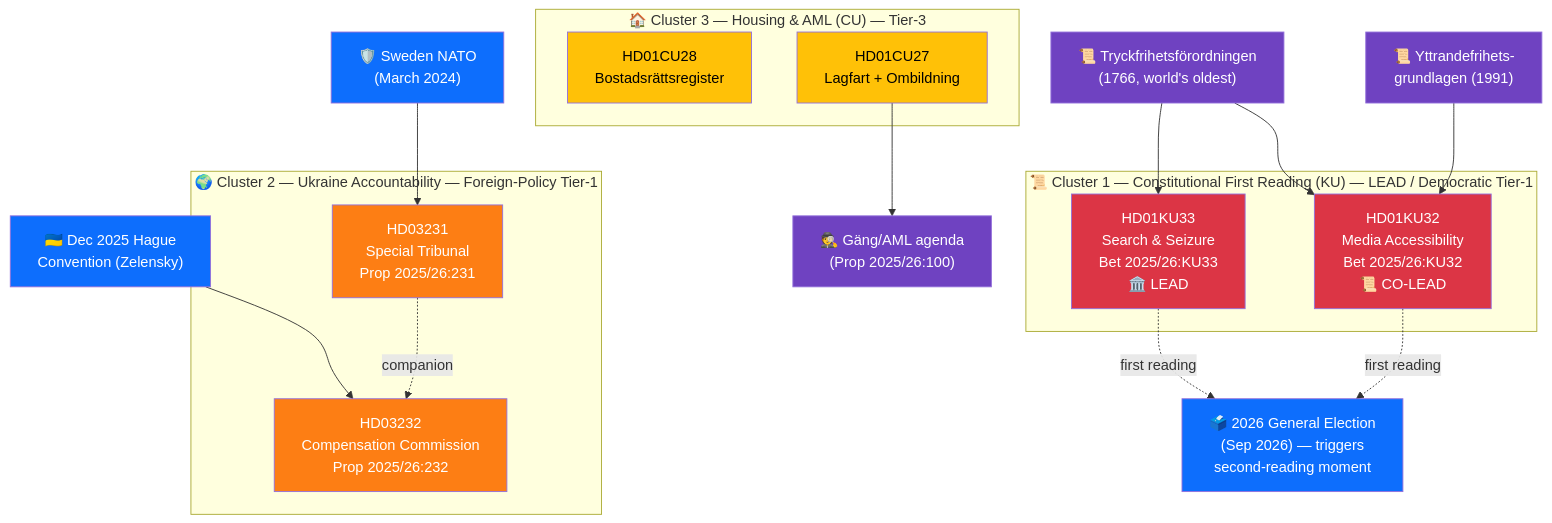
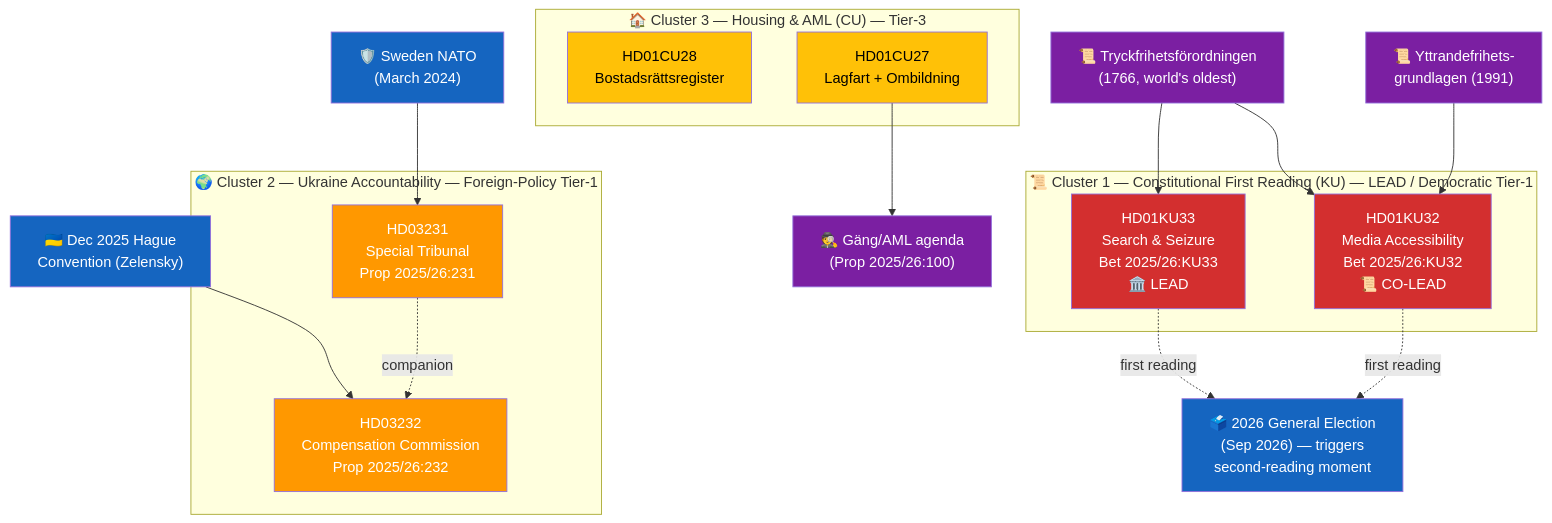
The first of 2 diagrams in analysis/daily/2026-04-17/realtime-1434/synthesis-summary.md (Hack23/riksdagsmonitor), drawn with Mermaid before and after one commit. The commit also changed 785 other files, not shown here.

First line of the commit message:
Normalize mermaid colors across 786 analysis artifacts to ISMS Style Guide palette

````diff
--- a/analysis/daily/2026-04-17/realtime-1434/synthesis-summary.md
+++ b/analysis/daily/2026-04-17/realtime-1434/synthesis-summary.md
@@ -58,44 +58,44 @@
 ```mermaid
 graph TD
     subgraph CL1["📜 Cluster 1 — Constitutional First Reading (KU) — LEAD / Democratic Tier-1"]
         HD01KU33["HD01KU33<br/>Search &amp; Seizure<br/>Bet 2025/26:KU33<br/>🏛️ LEAD"]
         HD01KU32["HD01KU32<br/>Media Accessibility<br/>Bet 2025/26:KU32<br/>📜 CO-LEAD"]
     end
     subgraph CL2["🌍 Cluster 2 — Ukraine Accountability — Foreign-Policy Tier-1"]
         HD03231["HD03231<br/>Special Tribunal<br/>Prop 2025/26:231"]
         HD03232["HD03232<br/>Compensation Commission<br/>Prop 2025/26:232"]
     end
     subgraph CL3["🏠 Cluster 3 — Housing &amp; AML (CU) — Tier-3"]
         HD01CU28["HD01CU28<br/>Bostadsrättsregister"]
         HD01CU27["HD01CU27<br/>Lagfart + Ombildning"]
     end
     TF1766["📜 Tryckfrihetsförordningen<br/>(1766, world's oldest)"]
     YGL1991["📜 Yttrandefrihets-<br/>grundlagen (1991)"]
     CONTEXT_NATO["🛡️ Sweden NATO<br/>(March 2024)"]
     CONTEXT_ZEL["🇺🇦 Dec 2025 Hague<br/>Convention (Zelensky)"]
     CONTEXT_ELECT["🗳️ 2026 General Election<br/>(Sep 2026) — triggers<br/>second-reading moment"]
     CONTEXT_CRIME["🕵️ Gäng/AML agenda<br/>(Prop 2025/26:100)"]
 
     TF1766 --> HD01KU33
     TF1766 --> HD01KU32
     YGL1991 --> HD01KU32
     HD01KU33 -.first reading.-> CONTEXT_ELECT
     HD01KU32 -.first reading.-> CONTEXT_ELECT
     CONTEXT_NATO --> HD03231
     CONTEXT_ZEL --> HD03232
     HD03231 -.companion.-> HD03232
     HD01CU27 --> CONTEXT_CRIME
 
-    style HD01KU33 fill:#dc3545,color:#fff
-    style HD01KU32 fill:#dc3545,color:#fff
-    style HD03231 fill:#fd7e14,color:#fff
-    style HD03232 fill:#fd7e14,color:#fff
-    style HD01CU28 fill:#ffc107,color:#000
-    style HD01CU27 fill:#ffc107,color:#000
-    style TF1766 fill:#6f42c1,color:#fff
-    style YGL1991 fill:#6f42c1,color:#fff
-    style CONTEXT_ELECT fill:#0d6efd,color:#fff
-    style CONTEXT_NATO fill:#0d6efd,color:#fff
-    style CONTEXT_ZEL fill:#0d6efd,color:#fff
-    style CONTEXT_CRIME fill:#6f42c1,color:#fff
+    style HD01KU33 fill:#D32F2F,color:#FFFFFF
+    style HD01KU32 fill:#D32F2F,color:#FFFFFF
+    style HD03231 fill:#FF9800,color:#FFFFFF
+    style HD03232 fill:#FF9800,color:#FFFFFF
+    style HD01CU28 fill:#FFC107,color:#000000
+    style HD01CU27 fill:#FFC107,color:#000000
+    style TF1766 fill:#7B1FA2,color:#FFFFFF
+    style YGL1991 fill:#7B1FA2,color:#FFFFFF
+    style CONTEXT_ELECT fill:#1565C0,color:#FFFFFF
+    style CONTEXT_NATO fill:#1565C0,color:#FFFFFF
+    style CONTEXT_ZEL fill:#1565C0,color:#FFFFFF
+    style CONTEXT_CRIME fill:#7B1FA2,color:#FFFFFF
 ```
````
